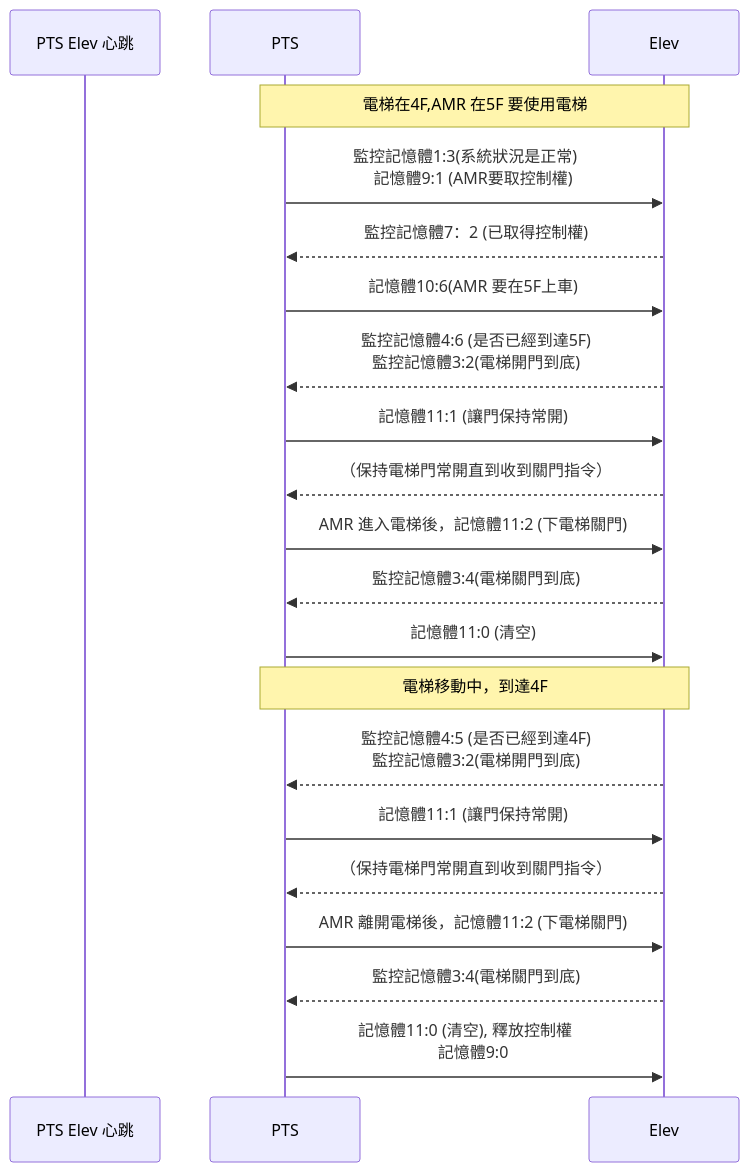
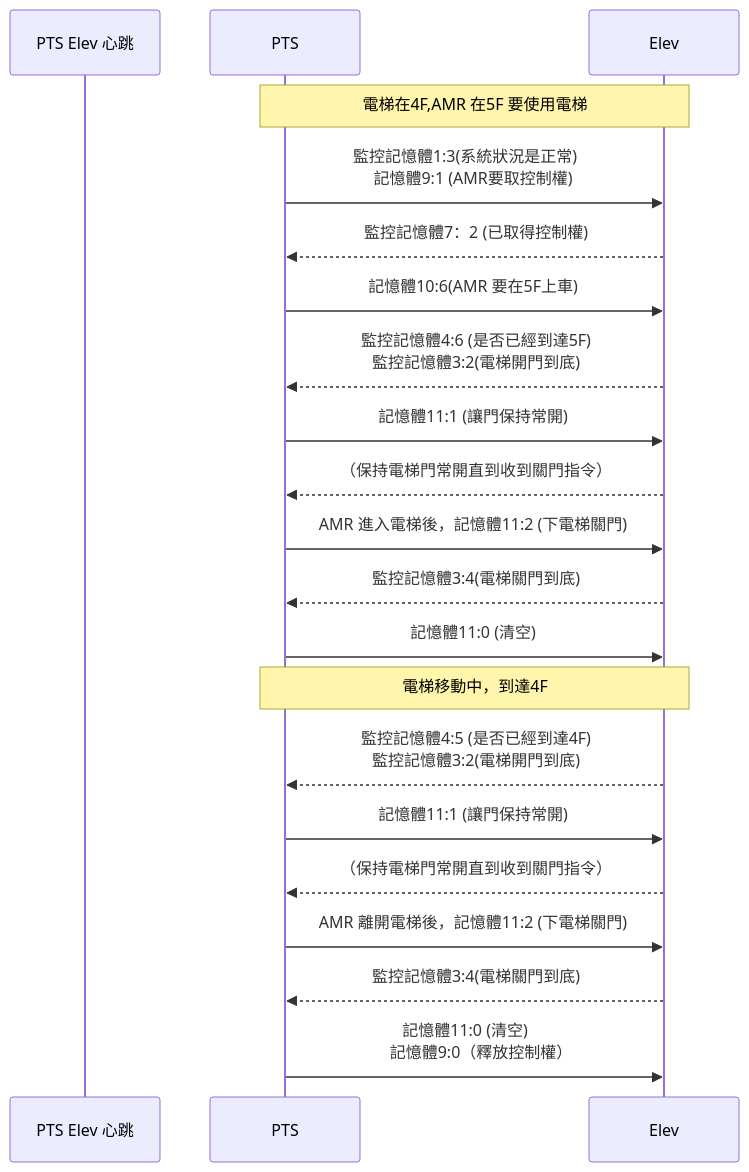
One commit to athena-tircgo/amr-elev-Zhunan changed the second of 2 diagrams in README.md. Above: the diagram before and after it, drawn with Mermaid. The commit also changed other lines of this file, not shown here.

````diff
--- a/README.md
+++ b/README.md
@@ -23,26 +23,26 @@
 ```mermaid
 sequenceDiagram
 
     participant PTS Elev 心跳
     participant PTS
     participant Elev
 
  note over PTS,Elev: 電梯在4F,AMR 在5F 要使用電梯
         PTS->>Elev:監控記憶體1:3(系統狀況是正常)　<br>記憶體9:1 (AMR要取控制權)
         Elev-->>PTS:監控記憶體7：2 (已取得控制權)
         PTS->>Elev: 記憶體10:6(AMR 要在5F上車)
         Elev-->>PTS:監控記憶體4:6 (是否已經到達5F) <BR> 監控記憶體3:2(電梯開門到底)
         PTS->>Elev: 記憶體11:1 (讓門保持常開)
         Elev-->>PTS:（保持電梯門常開直到收到關門指令）　　
         PTS->>Elev: AMR 進入電梯後，記憶體11:2 (下電梯關門)
         Elev-->>PTS: 監控記憶體3:4(電梯關門到底)
         PTS->>Elev: 記憶體11:0 (清空)
  note over PTS,Elev: 電梯移動中，到達4F
 　　　　　Elev-->>PTS: 監控記憶體4:5 (是否已經到達4F) <BR> 監控記憶體3:2(電梯開門到底)
         PTS->>Elev: 記憶體11:1 (讓門保持常開)
         Elev-->>PTS:（保持電梯門常開直到收到關門指令）　　　
         PTS->>Elev: AMR 離開電梯後，記憶體11:2 (下電梯關門)
         Elev-->>PTS: 監控記憶體3:4(電梯關門到底)
-        PTS->>Elev: 記憶體11:0 (清空), 釋放控制權　<br>記憶體9:0 
+        PTS->>Elev: 記憶體11:0 (清空)　<br>　記憶體9:0（釋放控制權）
 　　　　　
 ```
````
